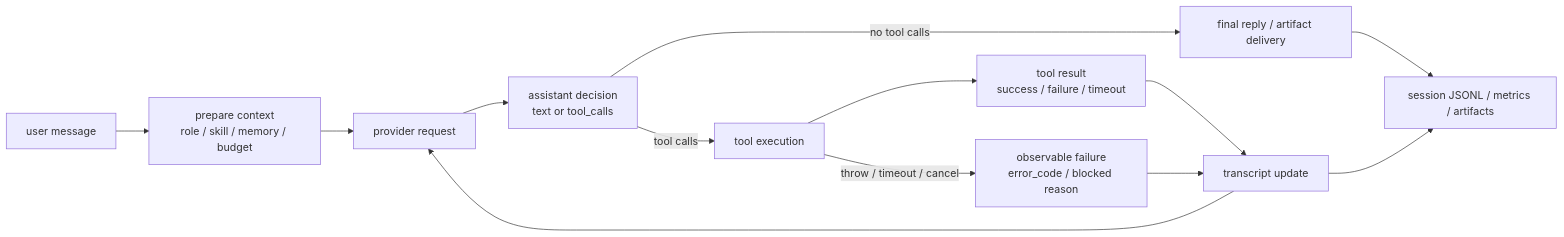
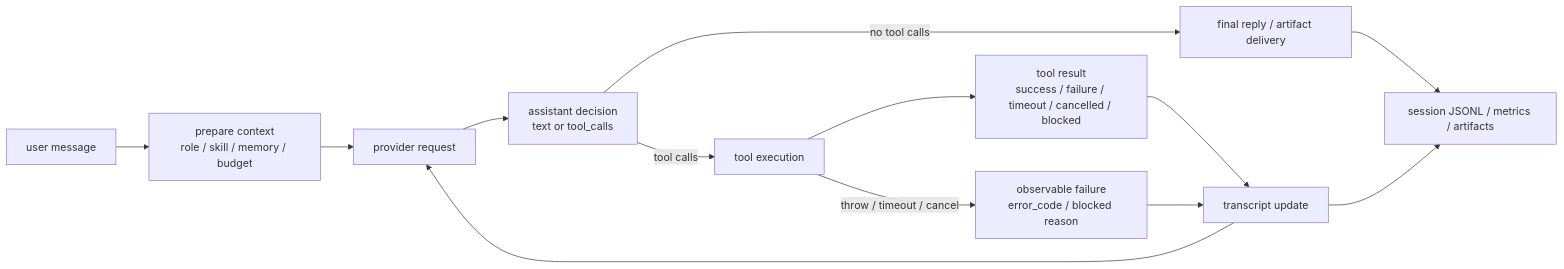
Before and after one commit to fightheyyy/XiaoBa-CLI: the third of 3 diagrams in docs/SPEC.md, drawn with Mermaid. The commit also changed other lines of this file and 155 other files, not shown here.

````diff
--- a/docs/SPEC.md
+++ b/docs/SPEC.md
@@ -170,26 +212,26 @@
 ```mermaid
 flowchart LR
     UserMessage["user message"]
     Prepare["prepare context<br/>role / skill / memory / budget"]
     ProviderRequest["provider request"]
     AssistantDecision["assistant decision<br/>text or tool_calls"]
     ToolExecution["tool execution"]
-    ToolResult["tool result<br/>success / failure / timeout"]
+    ToolResult["tool result<br/>success / failure / timeout / cancelled / blocked"]
     TranscriptUpdate["transcript update"]
     FinalReply["final reply / artifact delivery"]
     Evidence["session JSONL / metrics / artifacts"]
     Failure["observable failure<br/>error_code / blocked reason"]
 
     UserMessage --> Prepare
     Prepare --> ProviderRequest
     ProviderRequest --> AssistantDecision
     AssistantDecision -- "no tool calls" --> FinalReply
     AssistantDecision -- "tool calls" --> ToolExecution
     ToolExecution --> ToolResult
     ToolResult --> TranscriptUpdate
     TranscriptUpdate --> ProviderRequest
     ToolExecution -- "throw / timeout / cancel" --> Failure
     Failure --> TranscriptUpdate
     FinalReply --> Evidence
     TranscriptUpdate --> Evidence
 ```
````
